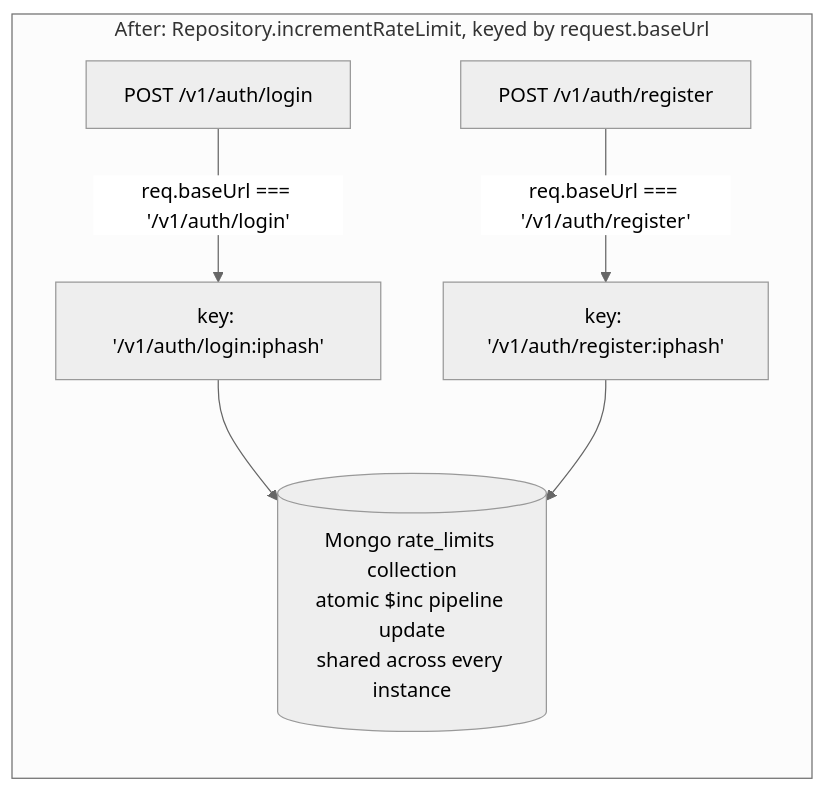
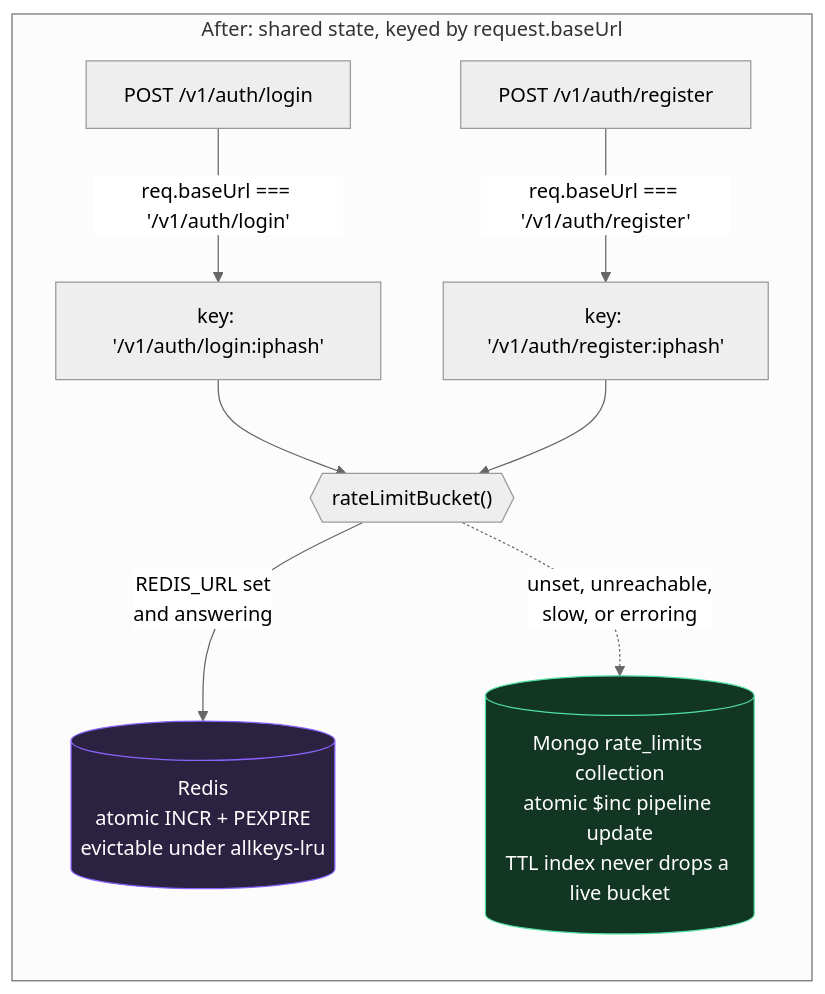
One commit to hoangsonww/Threadline-RealTime-Collab changed the fourth of 5 diagrams in docs/security.md. Above: the diagram before and after it, drawn with Mermaid (neutral theme). The commit also changed other lines of this file and 17 other files, not shown here.

````diff
--- a/docs/security.md
+++ b/docs/security.md
@@ -116,10 +116,15 @@
 ```mermaid
 flowchart TB
-    subgraph after["After: Repository.incrementRateLimit, keyed by request.baseUrl"]
+    subgraph after["After: shared state, keyed by request.baseUrl"]
         direction TB
         L2["POST /v1/auth/login"] -->|"req.baseUrl === '/v1/auth/login'"| KL["key: '/v1/auth/login:iphash'"]
         R2["POST /v1/auth/register"] -->|"req.baseUrl === '/v1/auth/register'"| KR["key: '/v1/auth/register:iphash'"]
-        KL --> DB[("Mongo rate_limits collection<br/>atomic $inc pipeline update<br/>shared across every instance")]
-        KR --> DB
+        KL --> RL{{"rateLimitBucket()"}}
+        KR --> RL
+        RL -->|"REDIS_URL set<br/>and answering"| RED[("Redis<br/>atomic INCR + PEXPIRE<br/>evictable under allkeys-lru")]
+        RL -.->|"unset, unreachable,<br/>slow, or erroring"| DB[("Mongo rate_limits collection<br/>atomic $inc pipeline update<br/>TTL index never drops a live bucket")]
     end
+
+    style RED fill:#2b2140,stroke:#8a63ff,color:#fff
+    style DB fill:#123524,stroke:#52e0a2,color:#fff
 ```
````
